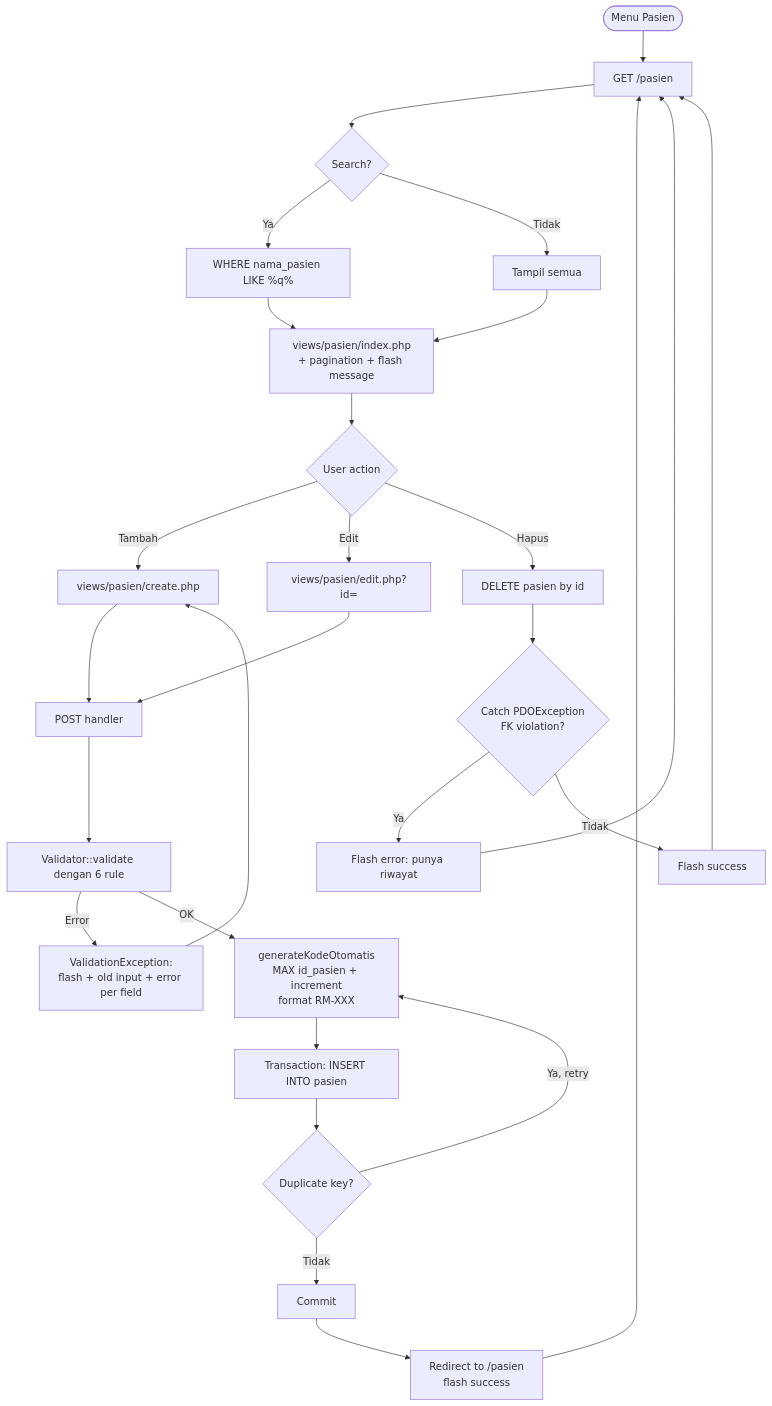
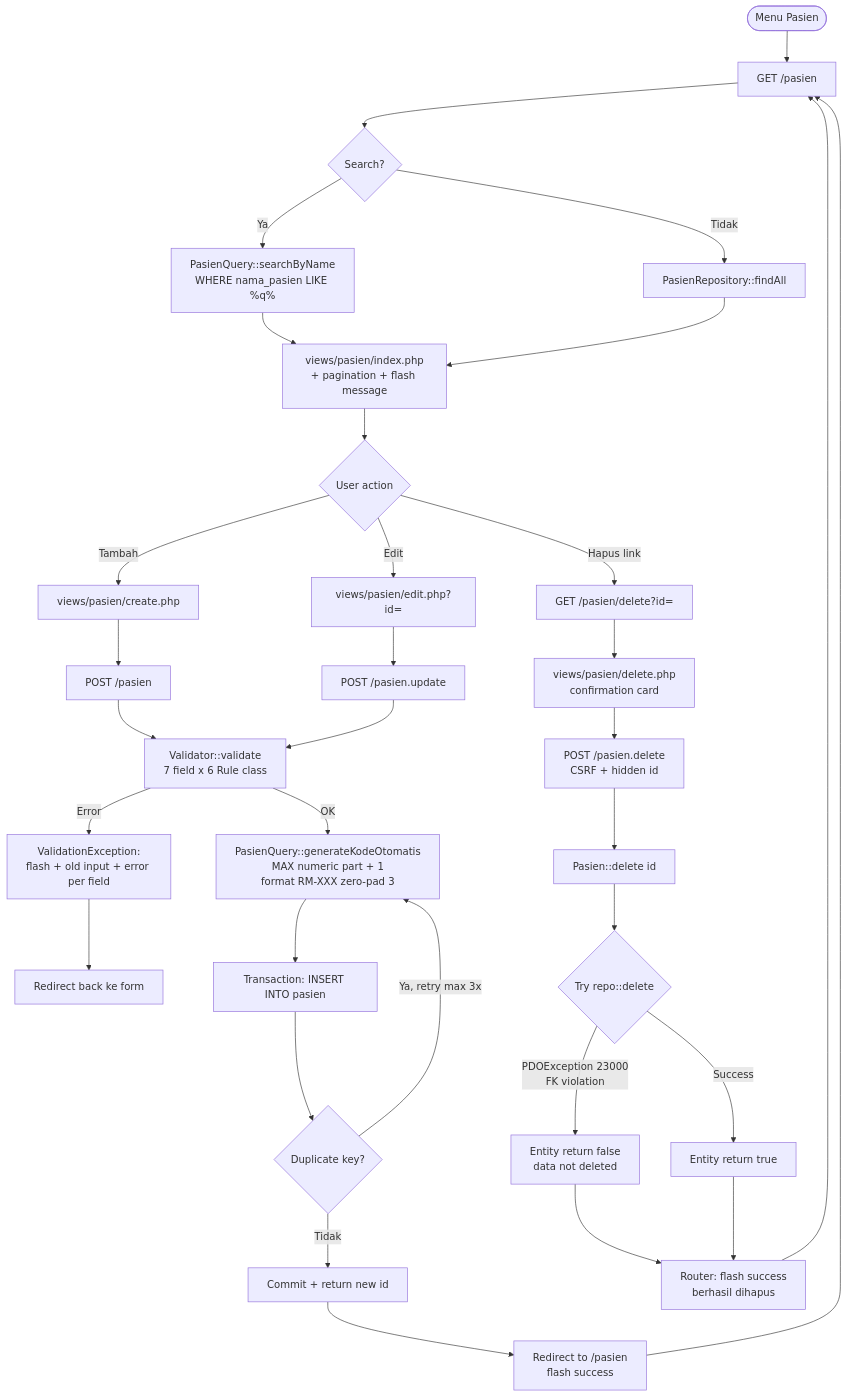
One commit to TudeOrangBiasa/silk-swarakarna-uas changed the third of 13 diagrams in docs/business-logic.md. Above: the diagram before and after it, drawn with Mermaid. The commit also changed other lines of this file and 1 other file, not shown here.

First line of the commit message:
docs: full sync architecture + business-logic with codebase

````diff
--- a/docs/business-logic.md
+++ b/docs/business-logic.md
@@ -51,33 +56,36 @@
 ```mermaid
 flowchart TD
     Start([Menu Pasien]) --> List[GET /pasien]
     List --> Search{Search?}
-    Search -->|Ya| Filter[WHERE nama_pasien LIKE %q%]
-    Search -->|Tidak| All[Tampil semua]
-    Filter --> ListView
-    All --> ListView[views/pasien/index.php<br/>+ pagination + flash message]
+    Search -->|Ya| Filter[PasienQuery::searchByName<br/>WHERE nama_pasien LIKE %q%]
+    Search -->|Tidak| All[PasienRepository::findAll]
+    Filter & All --> ListView[views/pasien/index.php<br/>+ pagination + flash message]
     ListView --> Action{User action}
 
     Action -->|Tambah| FormCreate[views/pasien/create.php]
     Action -->|Edit| FormEdit[views/pasien/edit.php?id=]
-    Action -->|Hapus| Del[DELETE pasien by id]
+    Action -->|Hapus link| DelConfirm[GET /pasien/delete?id=]
 
-    FormCreate --> Submit[POST handler]
-    FormEdit --> Submit
-    Submit --> Validate[Validator::validate dengan 6 rule ]
+    FormCreate --> Submit[POST /pasien]
+    FormEdit --> SubmitEdit[POST /pasien.update]
+    Submit & SubmitEdit --> Validate[Validator::validate<br/>7 field x 6 Rule class]
     Validate -->|Error| Err[ValidationException:<br/>flash + old input + error per field]
-    Err --> FormCreate
-    Validate -->|OK| GenCode[generateKodeOtomatis<br/>MAX id_pasien + increment<br/>format RM-XXX]
+    Err --> FormBack[Redirect back ke form]
+    Validate -->|OK| GenCode[PasienQuery::generateKodeOtomatis<br/>MAX numeric part + 1<br/>format RM-XXX zero-pad 3]
     GenCode --> TryInsert[Transaction: INSERT INTO pasien]
     TryInsert --> Dup{Duplicate key?}
-    Dup -->|Ya, retry| GenCode
-    Dup -->|Tidak| Insert[Commit]
+    Dup -->|Ya, retry max 3x| GenCode
+    Dup -->|Tidak| Insert[Commit + return new id]
     Insert --> Redirect[Redirect to /pasien<br/>flash success]
     Redirect --> List
 
-    Del --> DelCheck{Catch PDOException<br/>FK violation?}
-    DelCheck -->|Ya| DelErr[Flash error: punya riwayat]
-    DelCheck -->|Tidak| DelOK[Flash success]
-    DelErr --> List
-    DelOK --> List
+    DelConfirm --> DelView[views/pasien/delete.php<br/>confirmation card]
+    DelView --> DelSubmit[POST /pasien.delete<br/>CSRF + hidden id]
+    DelSubmit --> DelEntity[Pasien::delete id]
+    DelEntity --> DelTry{Try repo::delete}
+    DelTry -->|PDOException 23000<br/>FK violation| DelFK[Entity return false<br/>data not deleted]
+    DelTry -->|Success| DelOK[Entity return true]
+    DelFK --> Flash[Router: flash success<br/>berhasil dihapus]
+    DelOK --> Flash
+    Flash --> List
 ```
````
